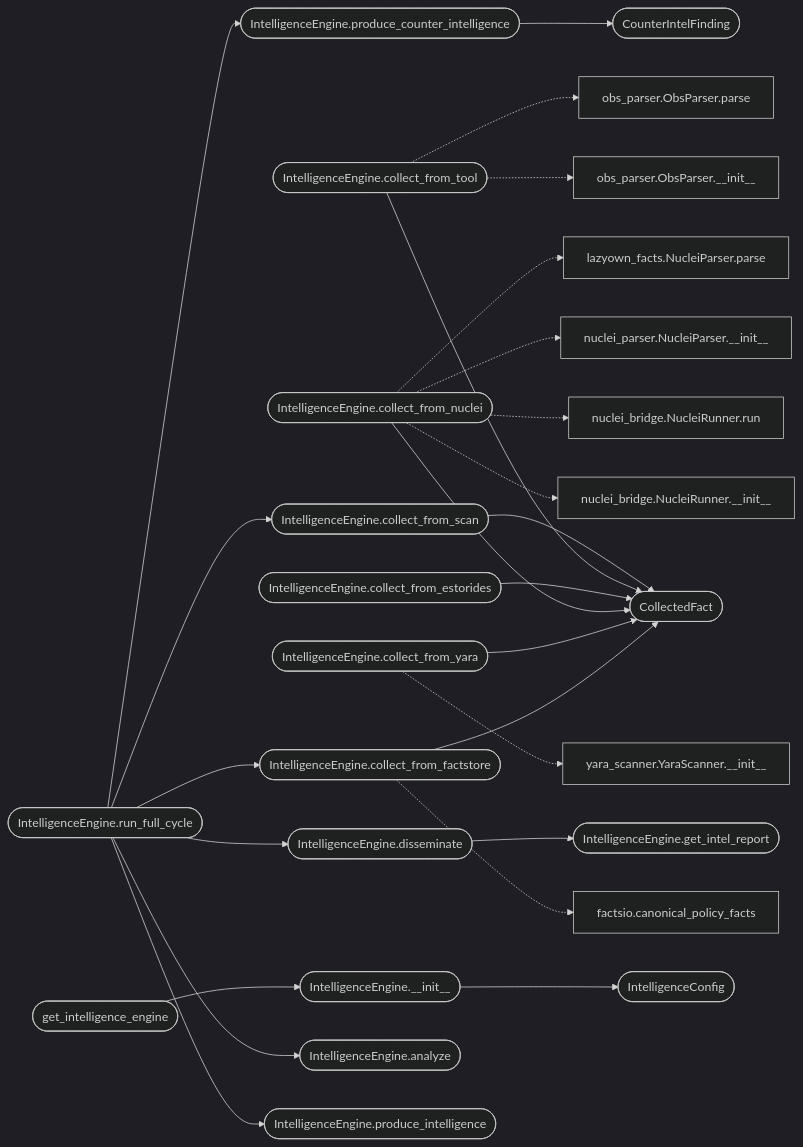
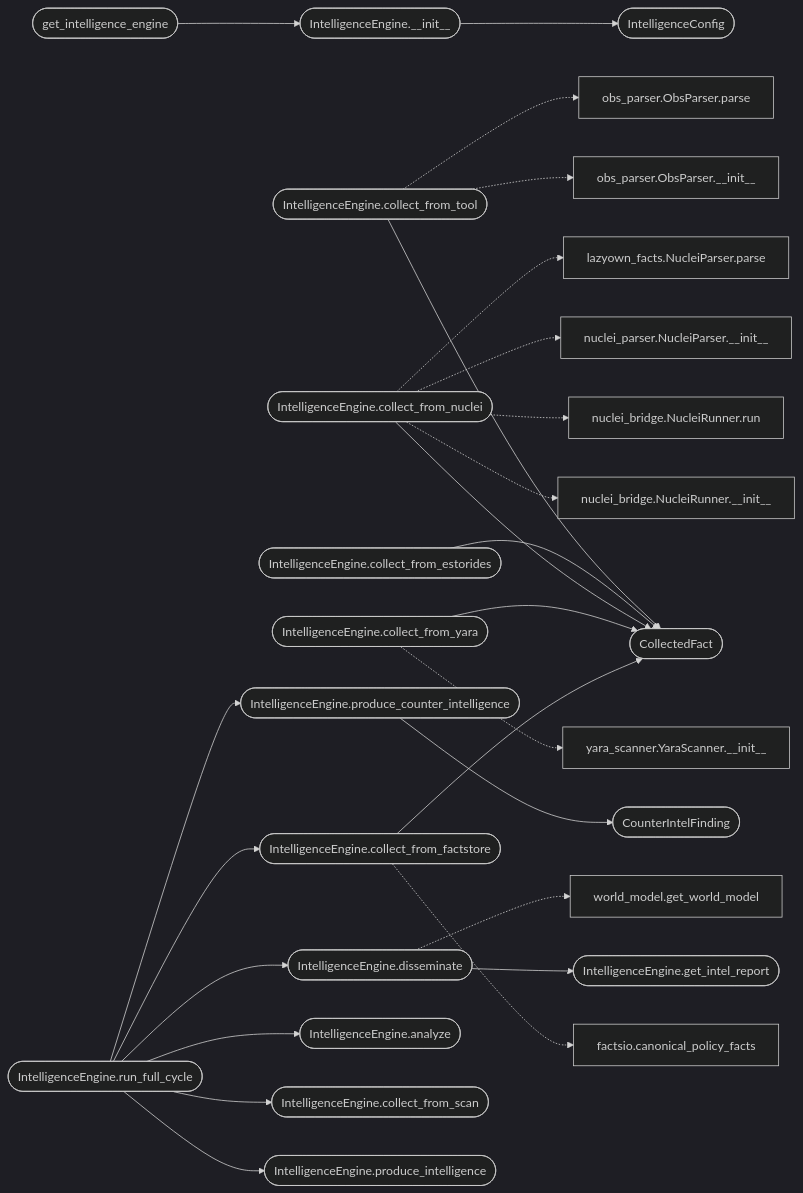
One commit to grisuno/LazyOwn changed the second of 2 diagrams in readmenator-apidocs/modules/modules.intelligence_engine.py.md. Above: the diagram before and after it, drawn with Mermaid (dark theme). The commit also changed other lines of this file and 276 other files, not shown here.

````diff
--- a/readmenator-apidocs/modules/modules.intelligence_engine.py.md
+++ b/readmenator-apidocs/modules/modules.intelligence_engine.py.md
@@ -110,52 +110,53 @@
 ```mermaid
 flowchart LR
     n_modules_intelligence_engine_py__IntelligenceEngine___init__(["IntelligenceEngine.__init__"])
     n_modules_intelligence_engine_py__IntelligenceConfig(["IntelligenceConfig"])
-    n_modules_intelligence_engine_py__IntelligenceEngine_collect_from_scan(["IntelligenceEngine.collect_from_scan"])
+    n_modules_intelligence_engine_py__IntelligenceEngine_collect_from_tool(["IntelligenceEngine.collect_from_tool"])
     n_modules_intelligence_engine_py__CollectedFact(["CollectedFact"])
-    n_modules_intelligence_engine_py__IntelligenceEngine_collect_from_tool(["IntelligenceEngine.collect_from_tool"])
     n_modules_intelligence_engine_py__IntelligenceEngine_collect_from_estorides(["IntelligenceEngine.collect_from_estorides"])
     n_modules_intelligence_engine_py__IntelligenceEngine_collect_from_nuclei(["IntelligenceEngine.collect_from_nuclei"])
     n_modules_intelligence_engine_py__IntelligenceEngine_collect_from_yara(["IntelligenceEngine.collect_from_yara"])
     n_modules_intelligence_engine_py__IntelligenceEngine_collect_from_factstore(["IntelligenceEngine.collect_from_factstore"])
     n_modules_intelligence_engine_py__IntelligenceEngine_produce_counter_intelligence(["IntelligenceEngine.produce_counter_intelligence"])
     n_modules_intelligence_engine_py__CounterIntelFinding(["CounterIntelFinding"])
     n_modules_intelligence_engine_py__IntelligenceEngine_disseminate(["IntelligenceEngine.disseminate"])
     n_modules_intelligence_engine_py__IntelligenceEngine_get_intel_report(["IntelligenceEngine.get_intel_report"])
     n_modules_intelligence_engine_py__IntelligenceEngine_run_full_cycle(["IntelligenceEngine.run_full_cycle"])
     n_modules_intelligence_engine_py__IntelligenceEngine_analyze(["IntelligenceEngine.analyze"])
+    n_modules_intelligence_engine_py__IntelligenceEngine_collect_from_scan(["IntelligenceEngine.collect_from_scan"])
     n_modules_intelligence_engine_py__IntelligenceEngine_produce_intelligence(["IntelligenceEngine.produce_intelligence"])
     n_modules_intelligence_engine_py__get_intelligence_engine(["get_intelligence_engine"])
     n_modules_obs_parser_py__ObsParser___init__["obs_parser.ObsParser.__init__"]
     n_modules_obs_parser_py__ObsParser_parse["obs_parser.ObsParser.parse"]
     n_modules_integrations_nuclei_bridge_py__NucleiRunner___init__["nuclei_bridge.NucleiRunner.__init__"]
     n_modules_integrations_nuclei_bridge_py__NucleiRunner_run["nuclei_bridge.NucleiRunner.run"]
     n_modules_integrations_nuclei_parser_py__NucleiParser___init__["nuclei_parser.NucleiParser.__init__"]
     n_skills_lazyown_facts_py__NucleiParser_parse["lazyown_facts.NucleiParser.parse"]
     n_modules_yara_scanner_py__YaraScanner___init__["yara_scanner.YaraScanner.__init__"]
     n_modules_factsio_py__canonical_policy_facts["factsio.canonical_policy_facts"]
+    n_modules_world_model_py__get_world_model["world_model.get_world_model"]
     n_modules_intelligence_engine_py__IntelligenceEngine___init__ --> n_modules_intelligence_engine_py__IntelligenceConfig
-    n_modules_intelligence_engine_py__IntelligenceEngine_collect_from_scan --> n_modules_intelligence_engine_py__CollectedFact
     n_modules_intelligence_engine_py__IntelligenceEngine_collect_from_tool --> n_modules_intelligence_engine_py__CollectedFact
     n_modules_intelligence_engine_py__IntelligenceEngine_collect_from_estorides --> n_modules_intelligence_engine_py__CollectedFact
     n_modules_intelligence_engine_py__IntelligenceEngine_collect_from_nuclei --> n_modules_intelligence_engine_py__CollectedFact
     n_modules_intelligence_engine_py__IntelligenceEngine_collect_from_yara --> n_modules_intelligence_engine_py__CollectedFact
     n_modules_intelligence_engine_py__IntelligenceEngine_collect_from_factstore --> n_modules_intelligence_engine_py__CollectedFact
     n_modules_intelligence_engine_py__IntelligenceEngine_produce_counter_intelligence --> n_modules_intelligence_engine_py__CounterIntelFinding
     n_modules_intelligence_engine_py__IntelligenceEngine_disseminate --> n_modules_intelligence_engine_py__IntelligenceEngine_get_intel_report
     n_modules_intelligence_engine_py__IntelligenceEngine_run_full_cycle --> n_modules_intelligence_engine_py__IntelligenceEngine_analyze
     n_modules_intelligence_engine_py__IntelligenceEngine_run_full_cycle --> n_modules_intelligence_engine_py__IntelligenceEngine_collect_from_factstore
     n_modules_intelligence_engine_py__IntelligenceEngine_run_full_cycle --> n_modules_intelligence_engine_py__IntelligenceEngine_collect_from_scan
     n_modules_intelligence_engine_py__IntelligenceEngine_run_full_cycle --> n_modules_intelligence_engine_py__IntelligenceEngine_disseminate
     n_modules_intelligence_engine_py__IntelligenceEngine_run_full_cycle --> n_modules_intelligence_engine_py__IntelligenceEngine_produce_counter_intelligence
     n_modules_intelligence_engine_py__IntelligenceEngine_run_full_cycle --> n_modules_intelligence_engine_py__IntelligenceEngine_produce_intelligence
     n_modules_intelligence_engine_py__get_intelligence_engine --> n_modules_intelligence_engine_py__IntelligenceEngine___init__
     n_modules_intelligence_engine_py__IntelligenceEngine_collect_from_tool -.-> n_modules_obs_parser_py__ObsParser___init__
     n_modules_intelligence_engine_py__IntelligenceEngine_collect_from_tool -.-> n_modules_obs_parser_py__ObsParser_parse
     n_modules_intelligence_engine_py__IntelligenceEngine_collect_from_nuclei -.-> n_modules_integrations_nuclei_bridge_py__NucleiRunner___init__
     n_modules_intelligence_engine_py__IntelligenceEngine_collect_from_nuclei -.-> n_modules_integrations_nuclei_bridge_py__NucleiRunner_run
     n_modules_intelligence_engine_py__IntelligenceEngine_collect_from_nuclei -.-> n_modules_integrations_nuclei_parser_py__NucleiParser___init__
     n_modules_intelligence_engine_py__IntelligenceEngine_collect_from_nuclei -.-> n_skills_lazyown_facts_py__NucleiParser_parse
     n_modules_intelligence_engine_py__IntelligenceEngine_collect_from_yara -.-> n_modules_yara_scanner_py__YaraScanner___init__
     n_modules_intelligence_engine_py__IntelligenceEngine_collect_from_factstore -.-> n_modules_factsio_py__canonical_policy_facts
+    n_modules_intelligence_engine_py__IntelligenceEngine_disseminate -.-> n_modules_world_model_py__get_world_model
 ```
````
